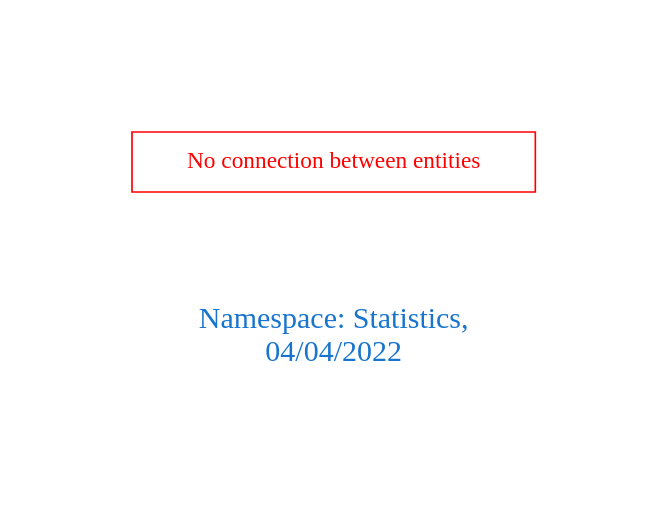
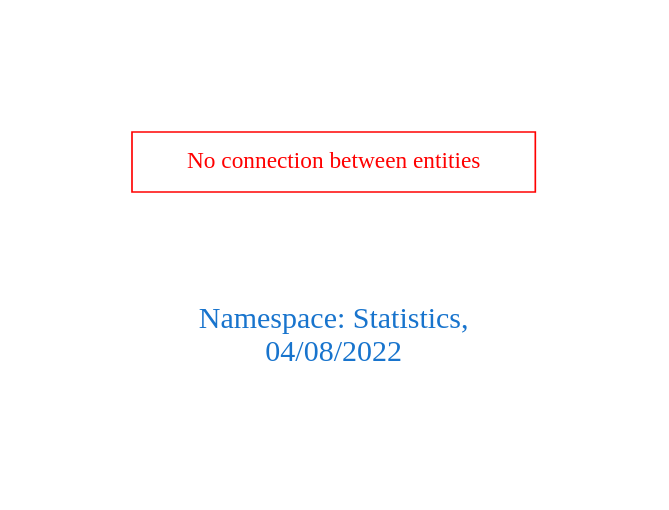
The diagram in downloads/Statistics.dot (arago/OGIT), drawn with Graphviz before and after one commit. The commit also changed 1937 other files, not shown here.

```diff
--- a/downloads/Statistics.dot
+++ b/downloads/Statistics.dot
@@ -1,9 +1,9 @@
 digraph OGIT_ontology {
  graph [ rankdir= LR,pad=1 
 fontsize = 18,
-fontcolor= dodgerblue3,label = "\n\n\nNamespace: Statistics, \n 04/04/2022"];
+fontcolor= dodgerblue3,label = "\n\n\nNamespace: Statistics, \n 04/08/2022"];
 node[shape=polygon];
 edge [  color="gray81"];
 
 "No connection between entities" [fontcolor = "red",color="red", shape="polygon"]
 }
```
